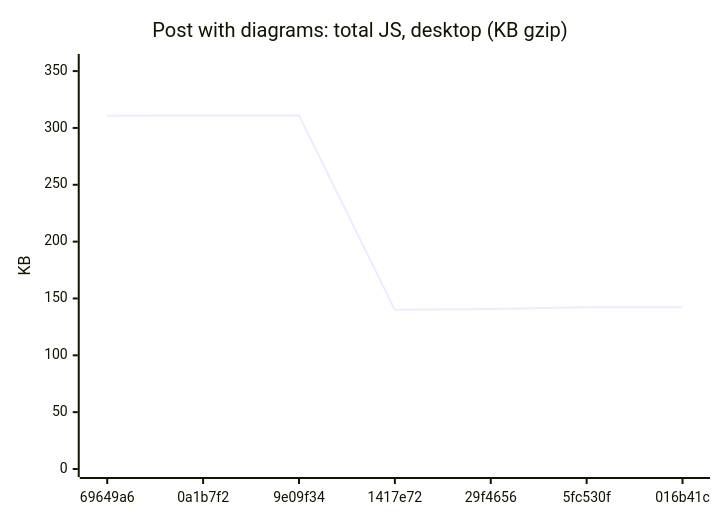
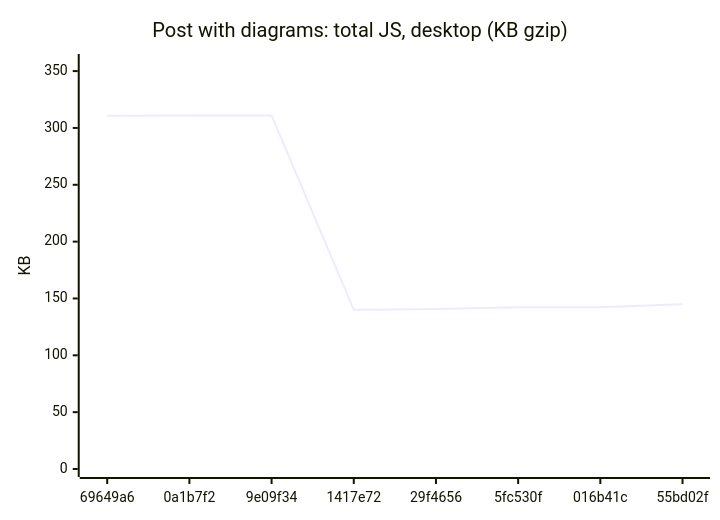
Diagram 15 of 18 in README.md (AxelUser/maltsev.space), drawn with Mermaid before and after one commit. The commit also changed other lines of this file and 1 other file, not shown here.

````diff
--- a/README.md
+++ b/README.md
@@ -161,7 +161,7 @@
 ```mermaid
 xychart-beta
   title "Post with diagrams: total JS, desktop (KB gzip)"
-  x-axis ["69649a6", "0a1b7f2", "9e09f34", "1417e72", "29f4656", "5fc530f", "016b41c"]
+  x-axis ["69649a6", "0a1b7f2", "9e09f34", "1417e72", "29f4656", "5fc530f", "016b41c", "55bd02f"]
   y-axis "KB" 0 --> 358
-  line [310.7, 311, 311, 140, 140.8, 142.3, 142.3]
+  line [310.7, 311, 311, 140, 140.8, 142.3, 142.3, 145]
 ```
````
